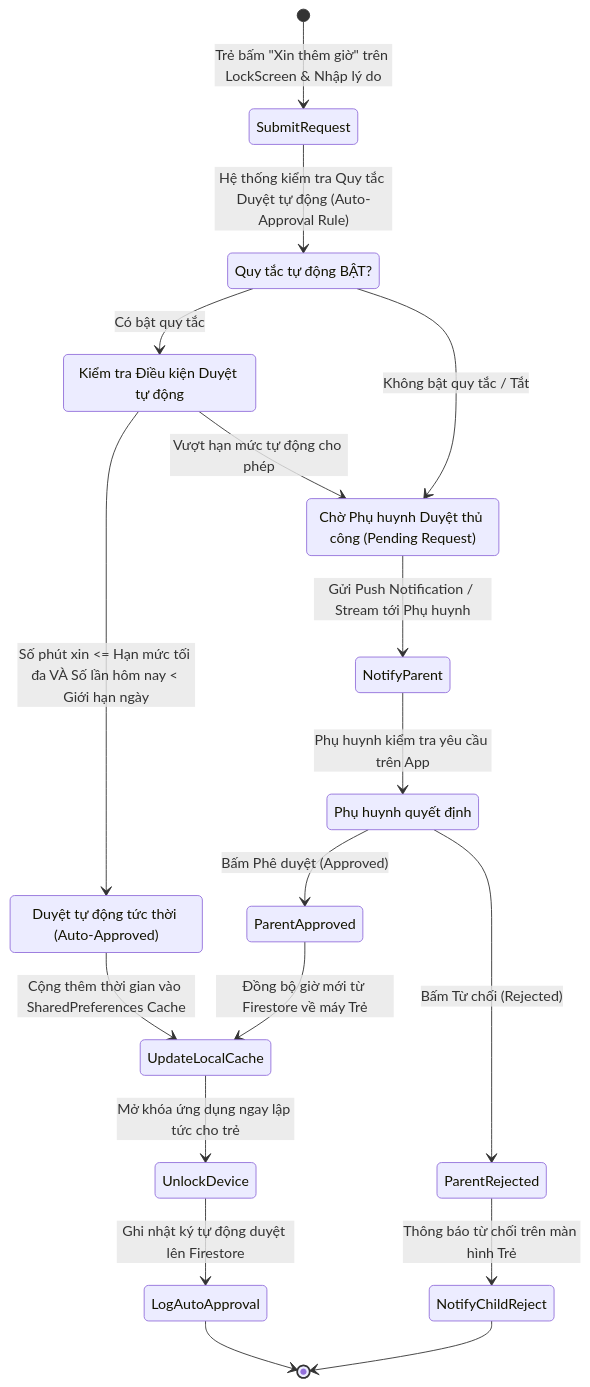
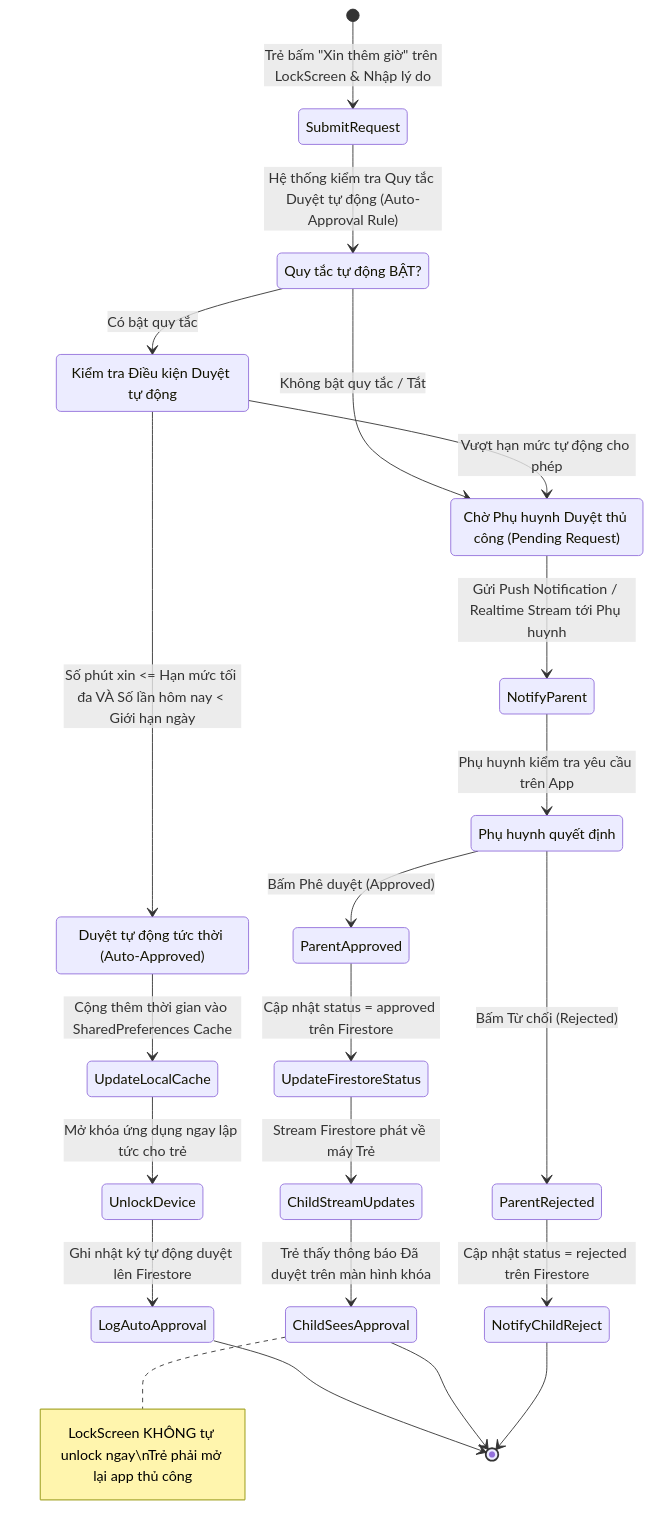
The sixth of 9 diagrams in docs/TECHNICAL_REPORT_DIAGRAMS.md (minhduc01168/KidGuardian-THPT), drawn with Mermaid before and after one commit. The commit also changed other lines of this file, not shown here.

First line of the commit message:
docs: cập nhật biểu đồ kỹ thuật chính xác theo code thực tế

````diff
--- a/docs/TECHNICAL_REPORT_DIAGRAMS.md
+++ b/docs/TECHNICAL_REPORT_DIAGRAMS.md
@@ -227,32 +227,36 @@
 ```mermaid
 stateDiagram-v2
     [*] --> SubmitRequest: Trẻ bấm "Xin thêm giờ" trên LockScreen & Nhập lý do
     SubmitRequest --> CheckAutoRule: Hệ thống kiểm tra Quy tắc Duyệt tự động (Auto-Approval Rule)
 
     state "Quy tắc tự động BẬT?" as CheckAutoRule
     CheckAutoRule --> RuleEnabled: Có bật quy tắc
     CheckAutoRule --> ManualPending: Không bật quy tắc / Tắt
 
     state "Kiểm tra Điều kiện Duyệt tự động" as RuleEnabled
     RuleEnabled --> AutoApprove: Số phút xin <= Hạn mức tối đa VÀ Số lần hôm nay < Giới hạn ngày
     RuleEnabled --> ManualPending: Vượt hạn mức tự động cho phép
 
     state "Duyệt tự động tức thời (Auto-Approved)" as AutoApprove
     AutoApprove --> UpdateLocalCache: Cộng thêm thời gian vào SharedPreferences Cache
     UpdateLocalCache --> UnlockDevice: Mở khóa ứng dụng ngay lập tức cho trẻ
     UnlockDevice --> LogAutoApproval: Ghi nhật ký tự động duyệt lên Firestore
 
     state "Chờ Phụ huynh Duyệt thủ công (Pending Request)" as ManualPending
-    ManualPending --> NotifyParent: Gửi Push Notification / Stream tới Phụ huynh
+    ManualPending --> NotifyParent: Gửi Push Notification / Realtime Stream tới Phụ huynh
     NotifyParent --> ParentDecision: Phụ huynh kiểm tra yêu cầu trên App
 
     state "Phụ huynh quyết định" as ParentDecision
     ParentDecision --> ParentApproved: Bấm Phê duyệt (Approved)
     ParentDecision --> ParentRejected: Bấm Từ chối (Rejected)
 
-    ParentApproved --> UpdateLocalCache: Đồng bộ giờ mới từ Firestore về máy Trẻ
-    ParentRejected --> NotifyChildReject: Thông báo từ chối trên màn hình Trẻ
+    ParentApproved --> UpdateFirestoreStatus: Cập nhật status = approved trên Firestore
+    UpdateFirestoreStatus --> ChildStreamUpdates: Stream Firestore phát về máy Trẻ
+    ChildStreamUpdates --> ChildSeesApproval: Trẻ thấy thông báo Đã duyệt trên màn hình khóa
+    note right of ChildSeesApproval: LockScreen KHÔNG tự unlock ngay\nTrẻ phải mở lại app thủ công
+    ParentRejected --> NotifyChildReject: Cập nhật status = rejected trên Firestore
 
     LogAutoApproval --> [*]
+    ChildSeesApproval --> [*]
     NotifyChildReject --> [*]
 ```
````
